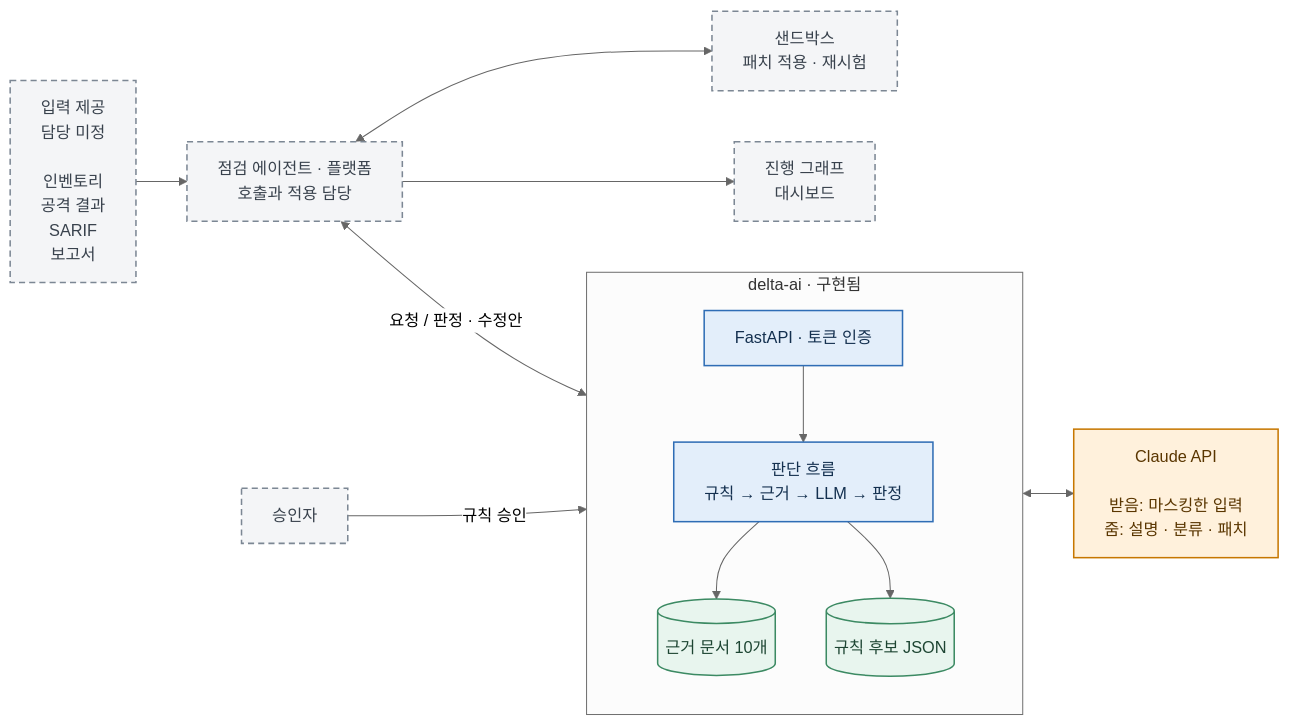
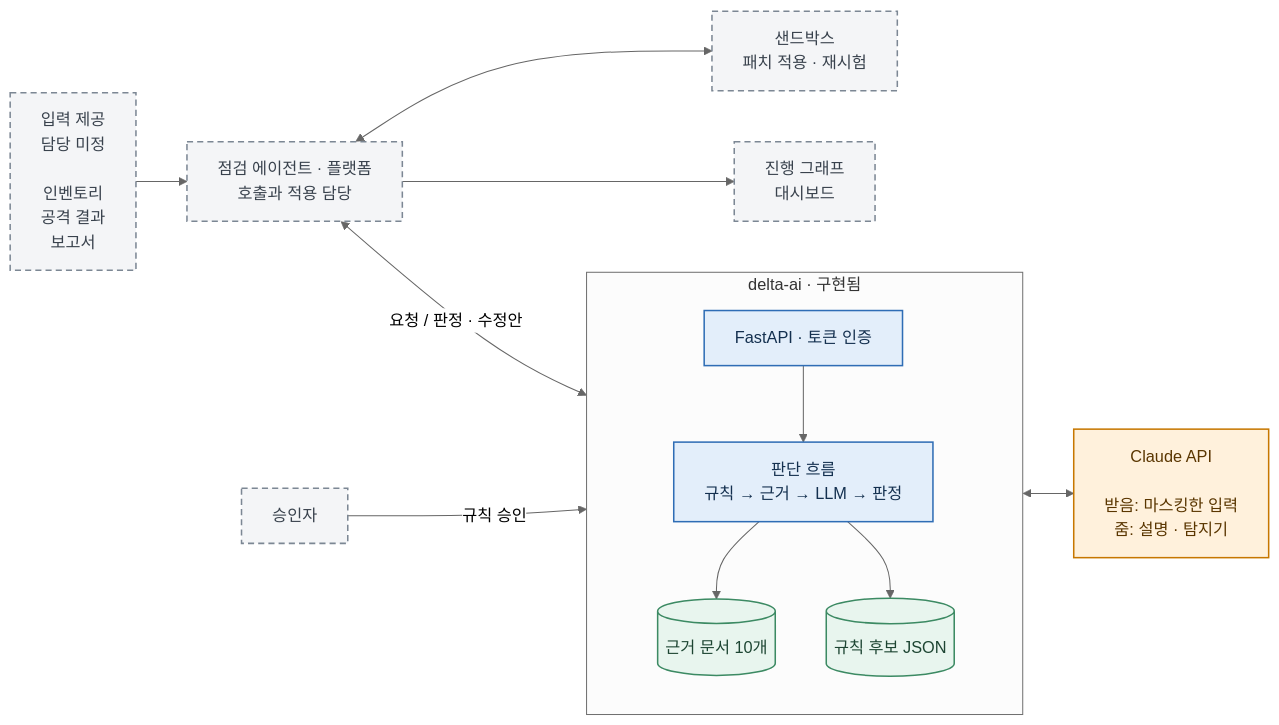
One commit to 2026-sbh-delta/delta-network-gateway changed the diagram in services/delta-ai/docs/diagrams/01-system.mmd. Above: the diagram before and after it, drawn with Mermaid (neutral theme). The commit also changed 38 other files, not shown here.

```diff
--- a/services/delta-ai/docs/diagrams/01-system.mmd
+++ b/services/delta-ai/docs/diagrams/01-system.mmd
@@ -1,33 +1,33 @@
 flowchart LR
-  inputs["입력 제공<br/>담당 미정<br/><br/>인벤토리<br/>공격 결과<br/>SARIF<br/>보고서"]:::planned
+  inputs["입력 제공<br/>담당 미정<br/><br/>인벤토리<br/>공격 결과<br/>보고서"]:::planned
   agent["점검 에이전트 · 플랫폼<br/>호출과 적용 담당"]:::planned
   sandbox["샌드박스<br/>패치 적용 · 재시험"]:::planned
   ui["진행 그래프<br/>대시보드"]:::planned
   human["승인자"]:::planned
 
   subgraph delta["delta-ai · 구현됨"]
     direction TB
     api["FastAPI · 토큰 인증"]:::built
     core["판단 흐름<br/>규칙 → 근거 → LLM → 판정"]:::built
     docs[("근거 문서 10개")]:::store
     store[("규칙 후보 JSON")]:::store
     api --> core
     core --> docs
     core --> store
   end
-  llm["Claude API<br/><br/>받음: 마스킹한 입력<br/>줌: 설명 · 분류 · 패치"]:::ext
+  llm["Claude API<br/><br/>받음: 마스킹한 입력<br/>줌: 설명 · 탐지기"]:::ext
 
   inputs --> agent
   agent <-- "요청 / 판정 · 수정안" --> delta
   delta <--> llm
   agent <--> sandbox
   agent --> ui
   human -- "규칙 승인" --> delta
 
   classDef built fill:#E3EEFA,stroke:#2F6DB5,stroke-width:1.5px,color:#14304F
   classDef planned fill:#F4F5F7,stroke:#7C8794,stroke-width:1.5px,stroke-dasharray:6 4,color:#39424D
   classDef ext fill:#FFF1DC,stroke:#C77700,stroke-width:1.5px,color:#5A3600
   classDef store fill:#E8F5EE,stroke:#3C8A63,stroke-width:1.5px,color:#1D4532
   classDef ok fill:#DDF3E5,stroke:#1F8A4C,stroke-width:2px,color:#114A2A
   classDef warn fill:#FCEFC9,stroke:#B57F00,stroke-width:2px,color:#5A3F00
   classDef bad fill:#FBE1DF,stroke:#BF3B36,stroke-width:2px,color:#6C1E1A
```
